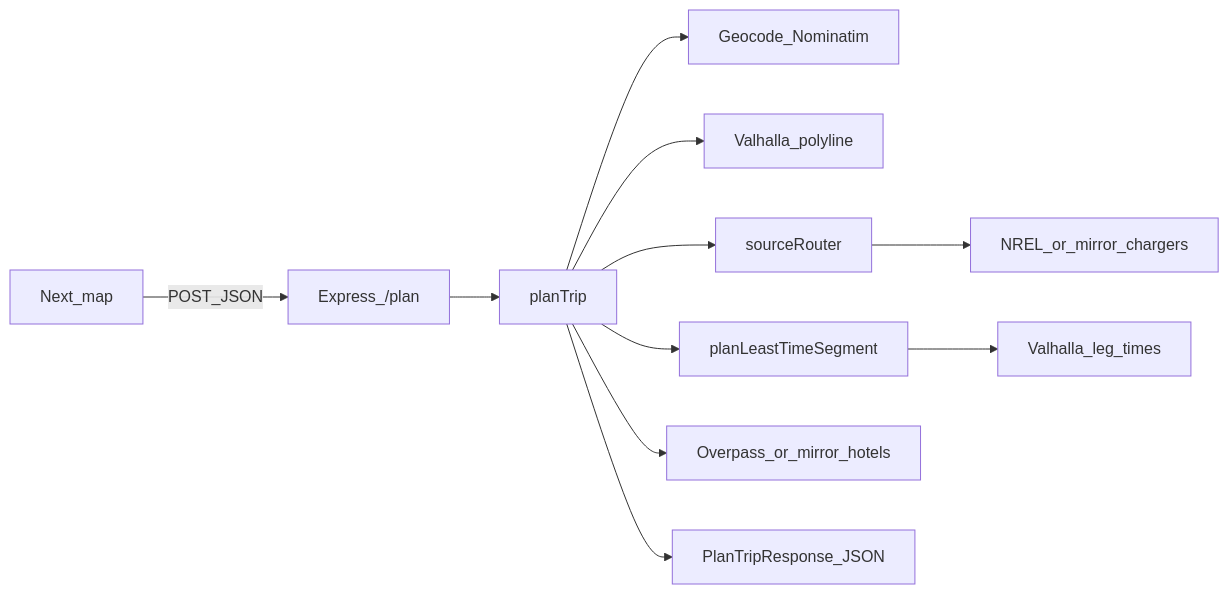
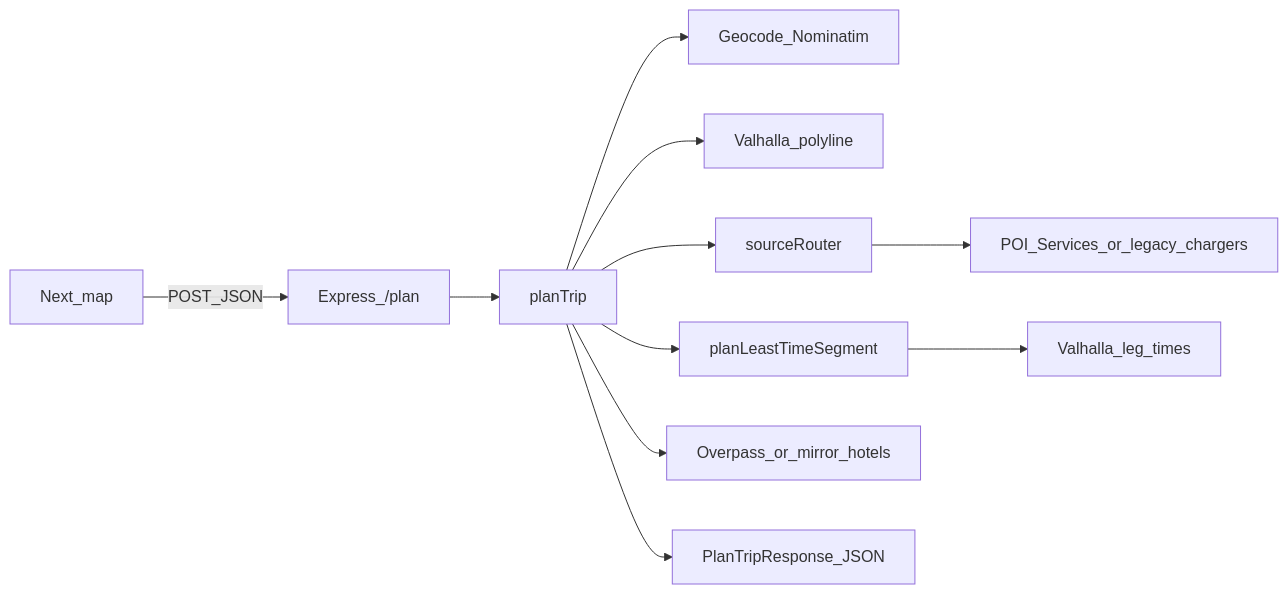
Before and after one commit to db-cloud-net/ev-map-routing: the diagram in docs/V1_SYSTEM.md, drawn with Mermaid. The commit also changed other lines of this file and 77 other files, not shown here.

First line of the commit message:
feat: POI services corridor, range legs, async plan jobs, deprecate mirror stack

````diff
--- a/docs/V1_SYSTEM.md
+++ b/docs/V1_SYSTEM.md
@@ -36,13 +37,13 @@
 ```mermaid
 flowchart LR
   Web[Next_map] -->|POST_JSON| Api[Express_/plan]
   Api --> PT[planTrip]
   PT --> Geo[Geocode_Nominatim]
   PT --> V[Valhalla_polyline]
   PT --> SR[sourceRouter]
-  SR --> NREL[NREL_or_mirror_chargers]
+  SR --> POI[POI_Services_or_legacy_chargers]
   PT --> LTS[planLeastTimeSegment]
   LTS --> V2[Valhalla_leg_times]
   PT --> OVP[Overpass_or_mirror_hotels]
   PT --> Resp[PlanTripResponse_JSON]
 ```
````
